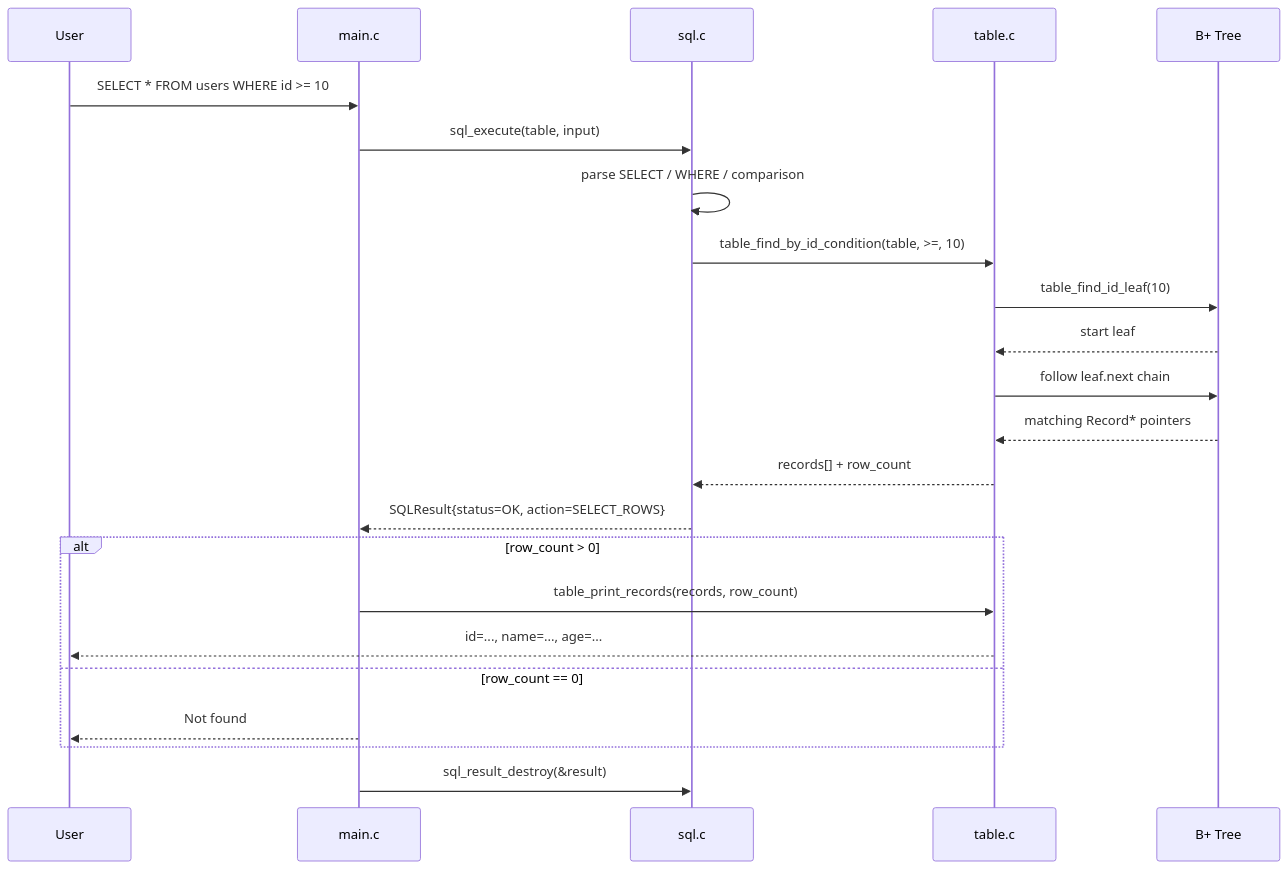
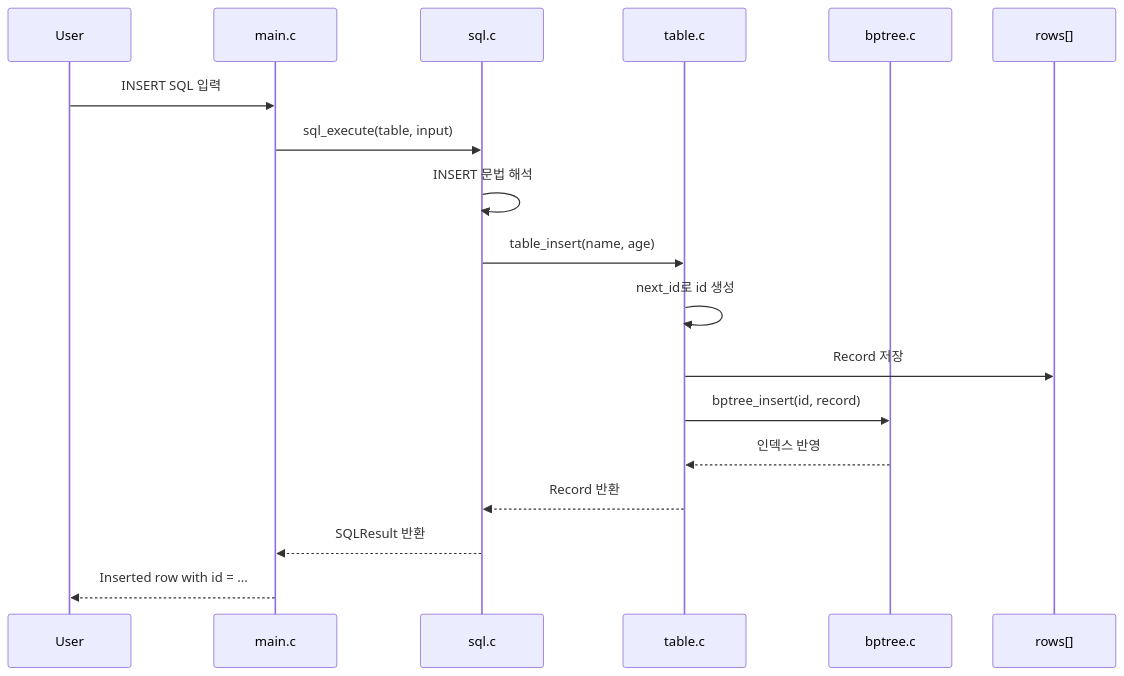
Before and after one commit to Jungle-12-303/week7-tem7-sql_processor_2: the second of 3 diagrams in README.md, drawn with Mermaid. The commit also changed other lines of this file and 4 other files, not shown here.

````diff
--- a/README.md
+++ b/README.md
@@ -254,28 +213,21 @@
 ```mermaid
 sequenceDiagram
     participant U as User
     participant M as main.c
     participant S as sql.c
     participant T as table.c
-    participant B as B+ Tree
+    participant B as bptree.c
+    participant R as rows[]
 
-    U->>M: SELECT * FROM users WHERE id >= 10;
+    U->>M: INSERT SQL 입력
     M->>S: sql_execute(table, input)
-    S->>S: parse SELECT / WHERE / comparison
-    S->>T: table_find_by_id_condition(table, >=, 10)
-    T->>B: table_find_id_leaf(10)
-    B-->>T: start leaf
-    T->>B: follow leaf.next chain
-    B-->>T: matching Record* pointers
-    T-->>S: records[] + row_count
-    S-->>M: SQLResult{status=OK, action=SELECT_ROWS}
-
-    alt row_count > 0
-        M->>T: table_print_records(records, row_count)
-        T-->>U: id=..., name=..., age=...
-    else row_count == 0
-        M-->>U: Not found
-    end
-
-    M->>S: sql_result_destroy(&result)
+    S->>S: INSERT 문법 해석
+    S->>T: table_insert(name, age)
+    T->>T: next_id로 id 생성
+    T->>R: Record 저장
+    T->>B: bptree_insert(id, record)
+    B-->>T: 인덱스 반영
+    T-->>S: Record 반환
+    S-->>M: SQLResult 반환
+    M-->>U: Inserted row with id = ...
 ```
````
